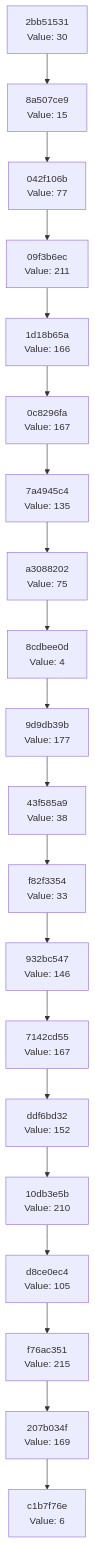
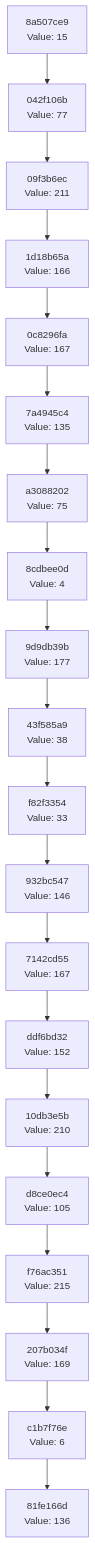
One commit to Abhisheksinha1506/hash-chain-evolver changed the diagram in docs/CHAIN_VISUALIZATION.md. Above: the diagram before and after it, drawn with Mermaid. The commit also changed 2 other files, not shown here.

Commit message:
Evolution step: hash 0x88 → action executed

````diff
--- a/docs/CHAIN_VISUALIZATION.md
+++ b/docs/CHAIN_VISUALIZATION.md
@@ -3,42 +3,42 @@
 ```mermaid
 graph TD
-    C0["c1b7f76e<br/>Value: 6"]
-    C1["207b034f<br/>Value: 169"]
+    C0["81fe166d<br/>Value: 136"]
+    C1["c1b7f76e<br/>Value: 6"]
     C1 --> C0
-    C2["f76ac351<br/>Value: 215"]
+    C2["207b034f<br/>Value: 169"]
     C2 --> C1
-    C3["d8ce0ec4<br/>Value: 105"]
+    C3["f76ac351<br/>Value: 215"]
     C3 --> C2
-    C4["10db3e5b<br/>Value: 210"]
+    C4["d8ce0ec4<br/>Value: 105"]
     C4 --> C3
-    C5["ddf6bd32<br/>Value: 152"]
+    C5["10db3e5b<br/>Value: 210"]
     C5 --> C4
-    C6["7142cd55<br/>Value: 167"]
+    C6["ddf6bd32<br/>Value: 152"]
     C6 --> C5
-    C7["932bc547<br/>Value: 146"]
+    C7["7142cd55<br/>Value: 167"]
     C7 --> C6
-    C8["f82f3354<br/>Value: 33"]
+    C8["932bc547<br/>Value: 146"]
     C8 --> C7
-    C9["43f585a9<br/>Value: 38"]
+    C9["f82f3354<br/>Value: 33"]
     C9 --> C8
-    C10["9d9db39b<br/>Value: 177"]
+    C10["43f585a9<br/>Value: 38"]
     C10 --> C9
-    C11["8cdbee0d<br/>Value: 4"]
+    C11["9d9db39b<br/>Value: 177"]
     C11 --> C10
-    C12["a3088202<br/>Value: 75"]
+    C12["8cdbee0d<br/>Value: 4"]
     C12 --> C11
-    C13["7a4945c4<br/>Value: 135"]
+    C13["a3088202<br/>Value: 75"]
     C13 --> C12
-    C14["0c8296fa<br/>Value: 167"]
+    C14["7a4945c4<br/>Value: 135"]
     C14 --> C13
-    C15["1d18b65a<br/>Value: 166"]
+    C15["0c8296fa<br/>Value: 167"]
     C15 --> C14
-    C16["09f3b6ec<br/>Value: 211"]
+    C16["1d18b65a<br/>Value: 166"]
     C16 --> C15
-    C17["042f106b<br/>Value: 77"]
+    C17["09f3b6ec<br/>Value: 211"]
     C17 --> C16
-    C18["8a507ce9<br/>Value: 15"]
+    C18["042f106b<br/>Value: 77"]
     C18 --> C17
-    C19["2bb51531<br/>Value: 30"]
+    C19["8a507ce9<br/>Value: 15"]
     C19 --> C18
 ```
````
